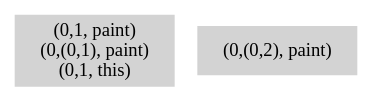
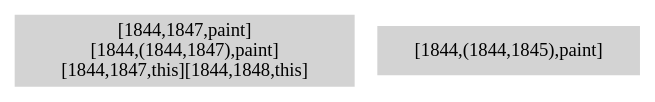
One commit to icst2021satool/source-code changed the diagram in data/PiePlot/setLabelLinkPaint.dot. Above: the diagram before and after it, drawn with Graphviz. The commit also changed 737 other files, not shown here.

Commit message:
Removed code to trim the edges of the subsumption graph. It is costly and is not needed to calculted the unconstrained DUAs

```diff
--- a/data/PiePlot/setLabelLinkPaint.dot
+++ b/data/PiePlot/setLabelLinkPaint.dot
@@ -1,4 +1,4 @@
 digraph { 
-3435 [shape=box,style=filled,color=".0 .0 .83",label="(0,1, paint)\n(0,(0,1), paint)\n(0,1, this)"];
-3436 [shape=box,style=filled,color=".0 .0 .83",label="(0,(0,2), paint)"];
+3915 [shape=box,style=filled,color=".0 .0 .83",label="[1844,1847,paint]\n[1844,(1844,1847),paint]\n[1844,1847,this][1844,1848,this]"];
+3916 [shape=box,style=filled,color=".0 .0 .83",label="[1844,(1844,1845),paint]"];
 }
```
